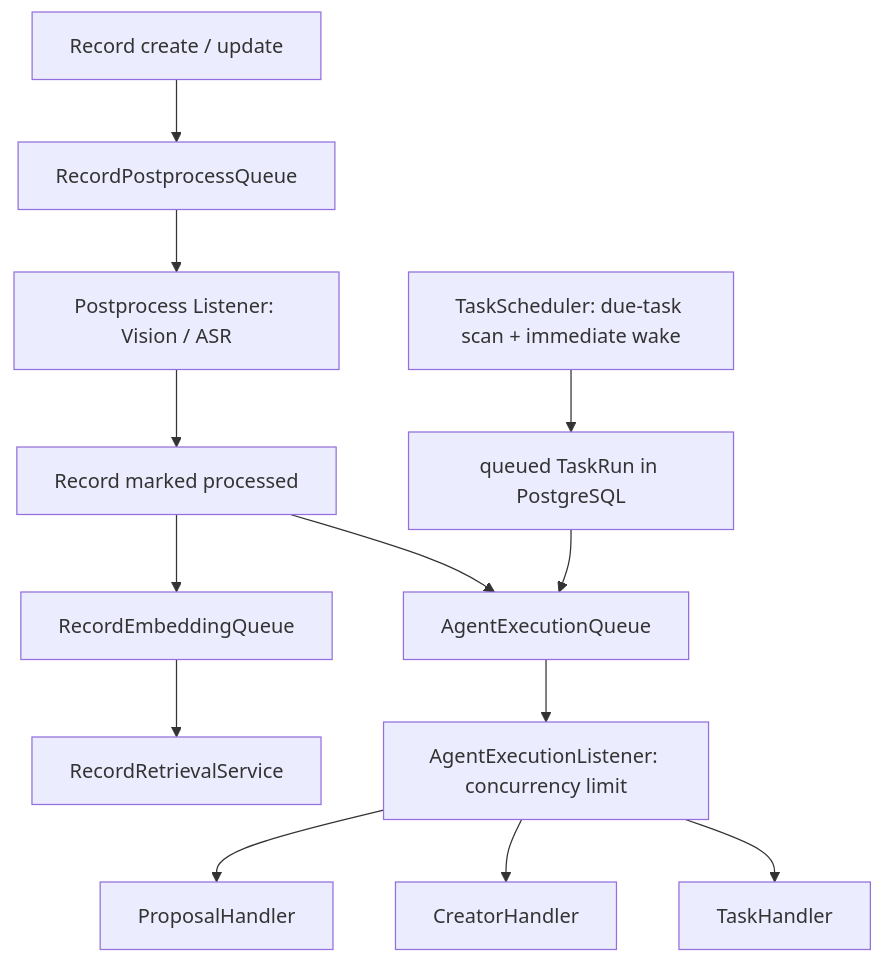
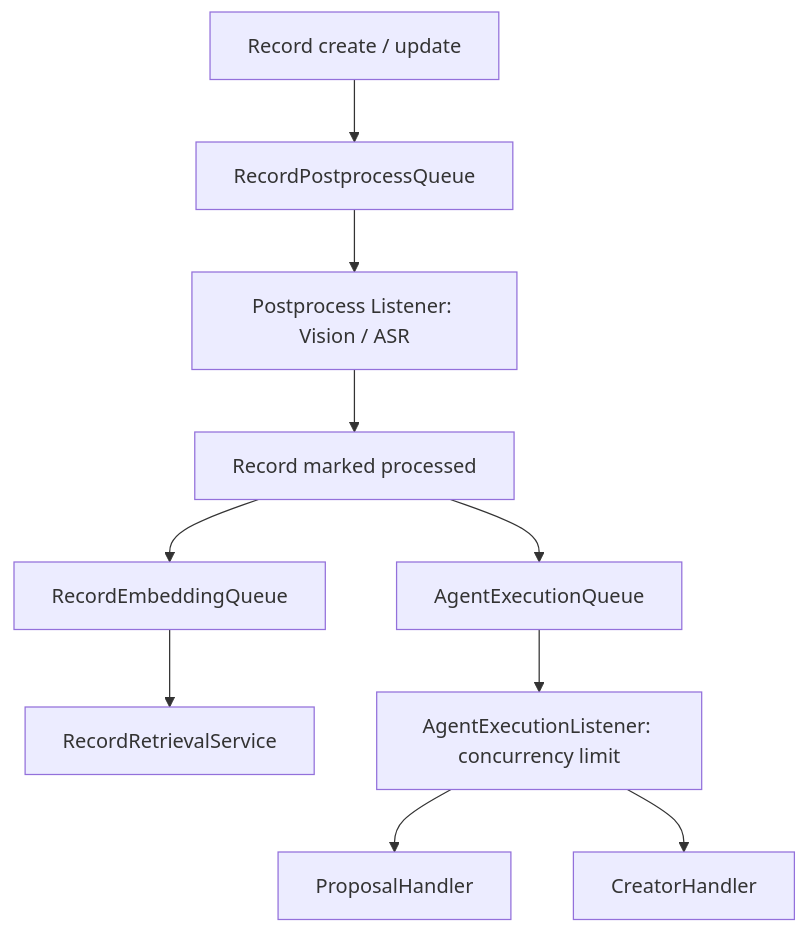
Before and after one commit to huiru-wang/fanto: the diagram in docs/architecture/server.md, drawn with Mermaid. The commit also changed other lines of this file and 155 other files, not shown here.

First line of the commit message:
feat: store media thumbnails and remove legacy task flows

````diff
--- a/docs/architecture/server.md
+++ b/docs/architecture/server.md
@@ -27,15 +26,12 @@
 ```mermaid
 flowchart TD
   R[Record create / update] --> Q[RecordPostprocessQueue]
   Q --> V[Postprocess Listener: Vision / ASR]
   V --> P[Record marked processed]
   P --> E[RecordEmbeddingQueue]
   P --> A[AgentExecutionQueue]
   E --> I[RecordRetrievalService]
   A --> L[AgentExecutionListener: concurrency limit]
   L --> PA[ProposalHandler]
   L --> CR[CreatorHandler]
-  L --> TH[TaskHandler]
-  S[TaskScheduler: due-task scan + immediate wake] --> T[queued TaskRun in PostgreSQL]
-  T --> A
 ```
````
